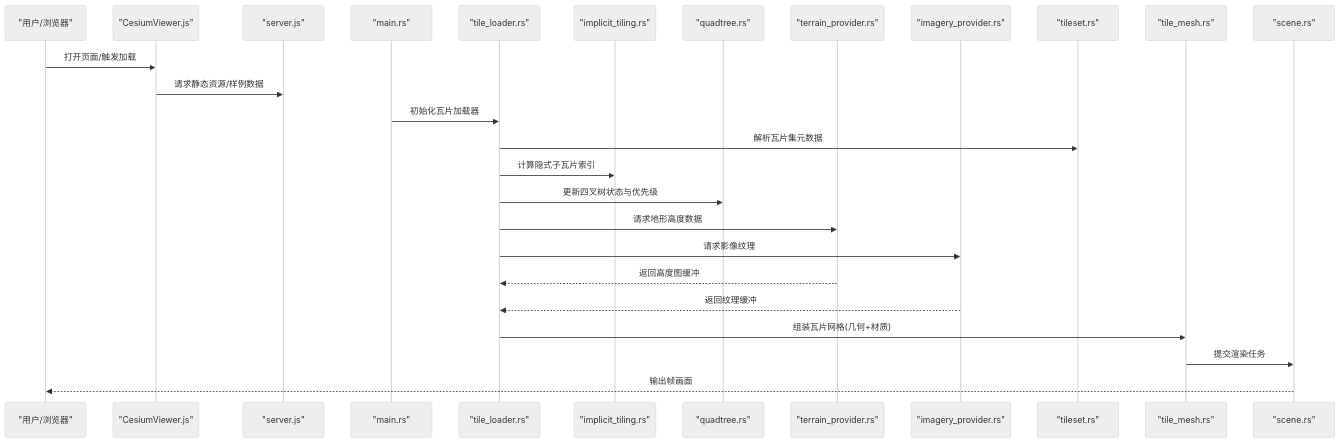
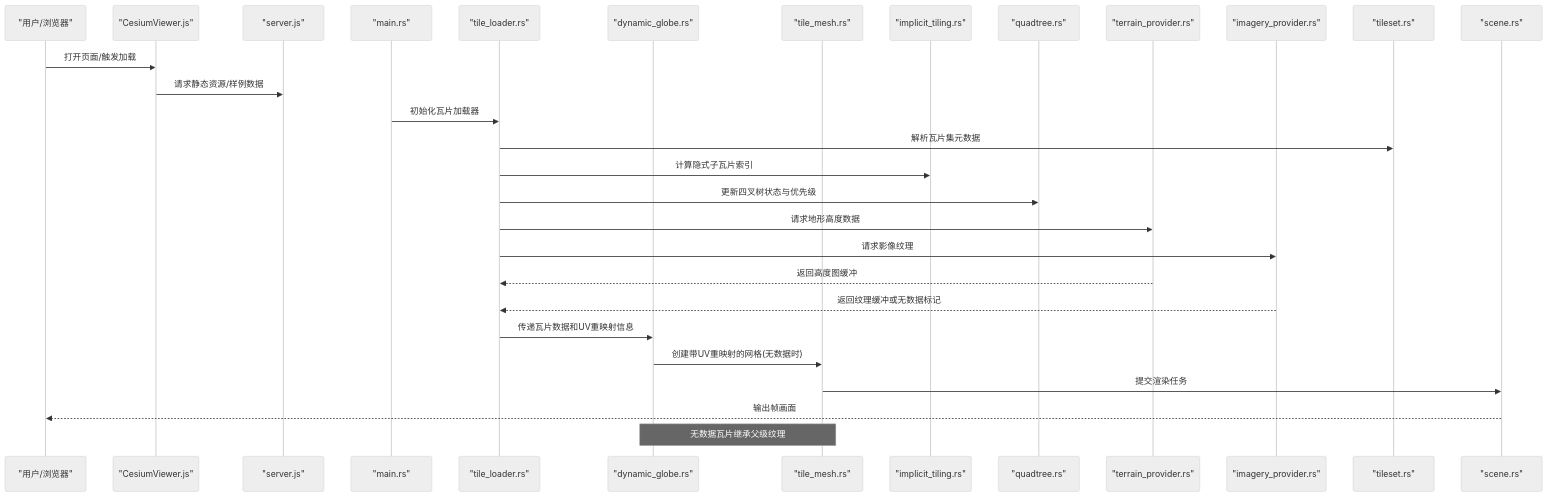
The second of 8 diagrams in .qoder/repowiki/zh/content/项目概述/核心特性/3D数据格式支持/3D Tiles标准支持/瓦片网格生成.md (rzhangjing/cesium), drawn with Mermaid (neutral theme) before and after one commit. The commit also changed other lines of this file and 24 other files, not shown here.

````diff
--- a/.qoder/repowiki/zh/content/项目概述/核心特性/3D数据格式支持/3D Tiles标准支持/瓦片网格生成.md
+++ b/.qoder/repowiki/zh/content/项目概述/核心特性/3D数据格式支持/3D Tiles标准支持/瓦片网格生成.md
@@ -113,28 +129,31 @@
 ```mermaid
 sequenceDiagram
 participant U as "用户/浏览器"
 participant V as "CesiumViewer.js"
 participant S as "server.js"
 participant M as "main.rs"
 participant TL as "tile_loader.rs"
+participant DG as "dynamic_globe.rs"
+participant TM as "tile_mesh.rs"
 participant IT as "implicit_tiling.rs"
 participant QT as "quadtree.rs"
 participant TP as "terrain_provider.rs"
 participant IP as "imagery_provider.rs"
 participant TS as "tileset.rs"
-participant TM as "tile_mesh.rs"
 participant SC as "scene.rs"
 U->>V : 打开页面/触发加载
 V->>S : 请求静态资源/样例数据
 M->>TL : 初始化瓦片加载器
 TL->>TS : 解析瓦片集元数据
 TL->>IT : 计算隐式子瓦片索引
 TL->>QT : 更新四叉树状态与优先级
 TL->>TP : 请求地形高度数据
 TL->>IP : 请求影像纹理
 TP-->>TL : 返回高度图缓冲
-IP-->>TL : 返回纹理缓冲
-TL->>TM : 组装瓦片网格(几何+材质)
+IP-->>TL : 返回纹理缓冲或无数据标记
+TL->>DG : 传递瓦片数据和UV重映射信息
+DG->>TM : 创建带UV重映射的网格(无数据时)
 TM->>SC : 提交渲染任务
 SC-->>U : 输出帧画面
+Note over DG,TM : 无数据瓦片继承父级纹理
 ```
````
